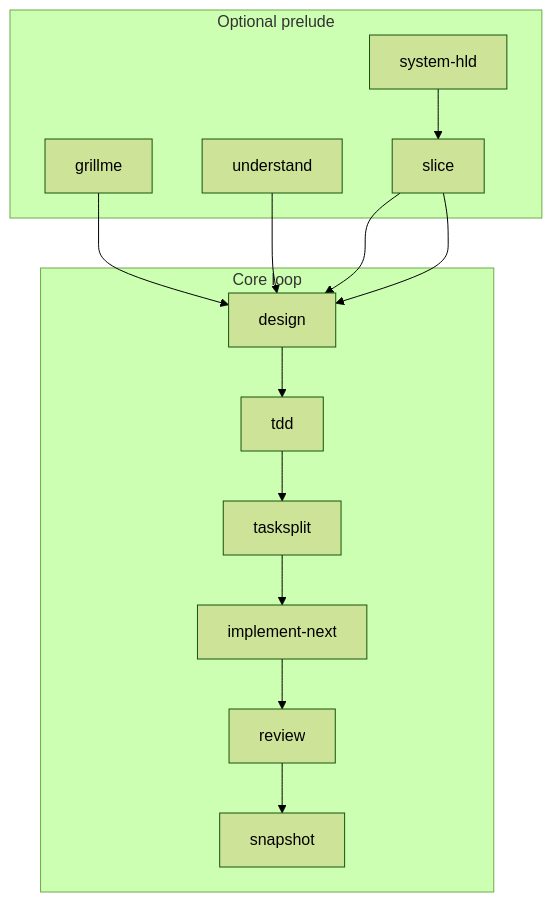
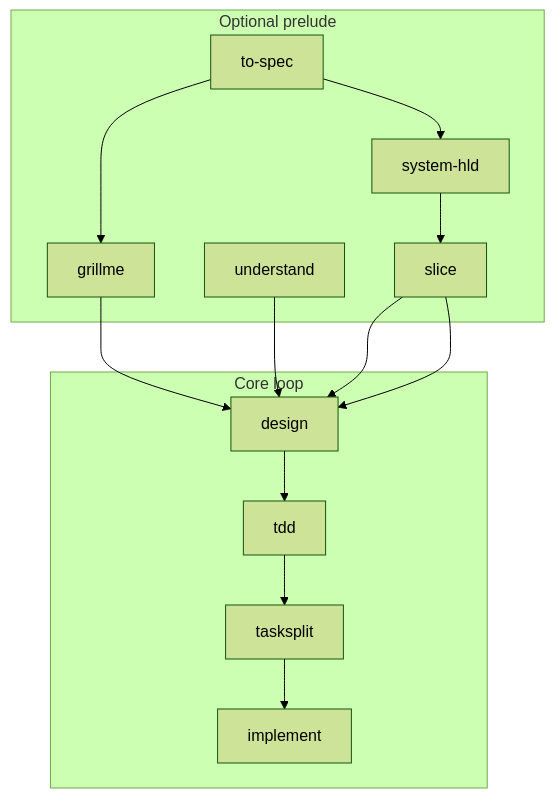
Before and after one commit to Ranganathvk/devflow: the diagram in README.md, drawn with Mermaid (forest theme). The commit also changed other lines of this file and 97 other files, not shown here.

````diff
--- a/README.md
+++ b/README.md
@@ -280,22 +304,23 @@
 ```mermaid
 flowchart TB
   subgraph prelude [Optional prelude]
+    TSPEC[to-spec]
     G[grillme]
     U[understand]
     H[system-hld]
     SL[slice]
   end
   subgraph core [Core loop]
     D[design]
     T[tdd]
     TS[tasksplit]
-    I[implement-next]
-    R[review]
-    S[snapshot]
+    I[implement]
   end
+  TSPEC --> G
+  TSPEC --> H
   G --> D
   U --> D
   H --> SL --> D
   SL --> D
-  D --> T --> TS --> I --> R --> S
+  D --> T --> TS --> I
 ```
````
